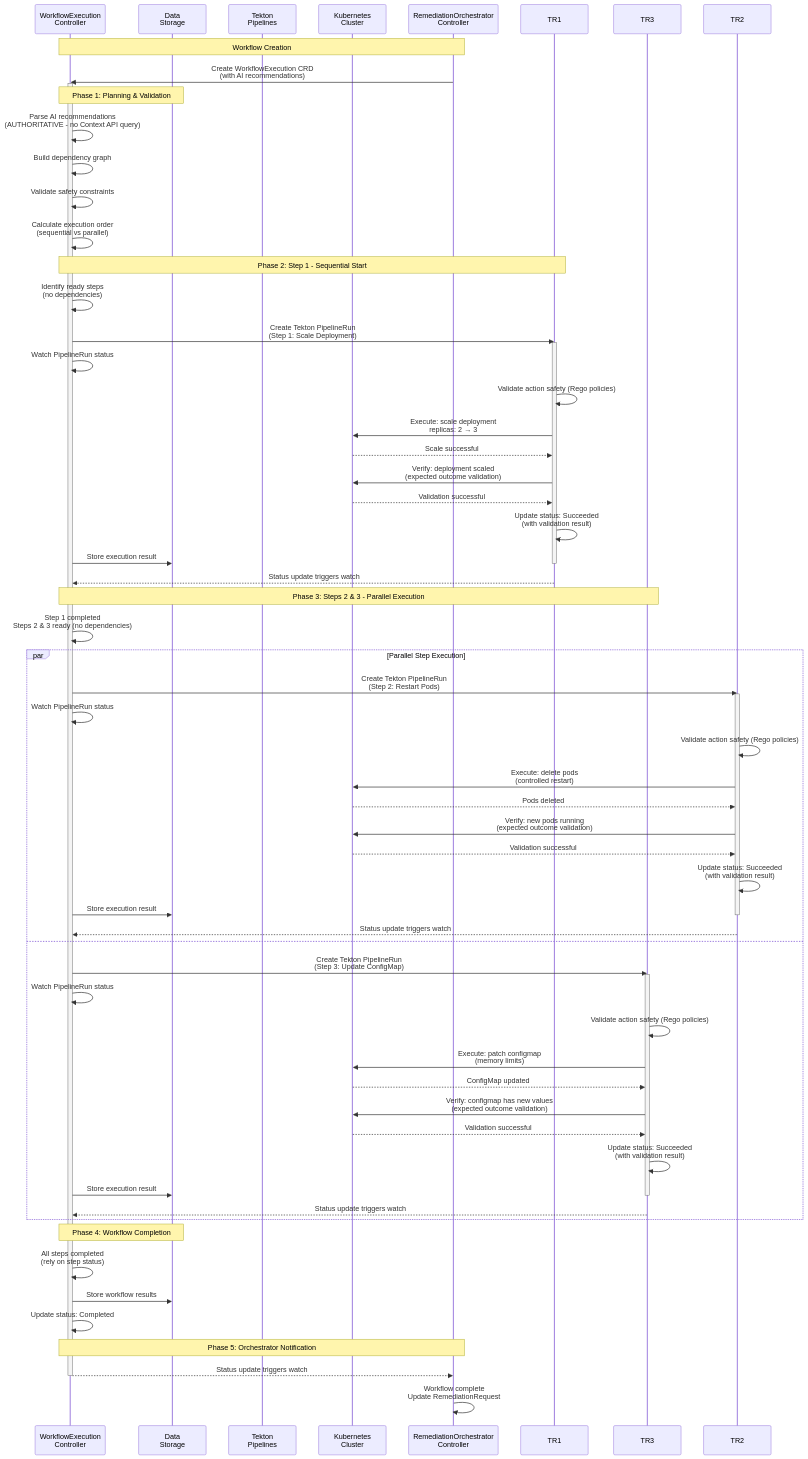
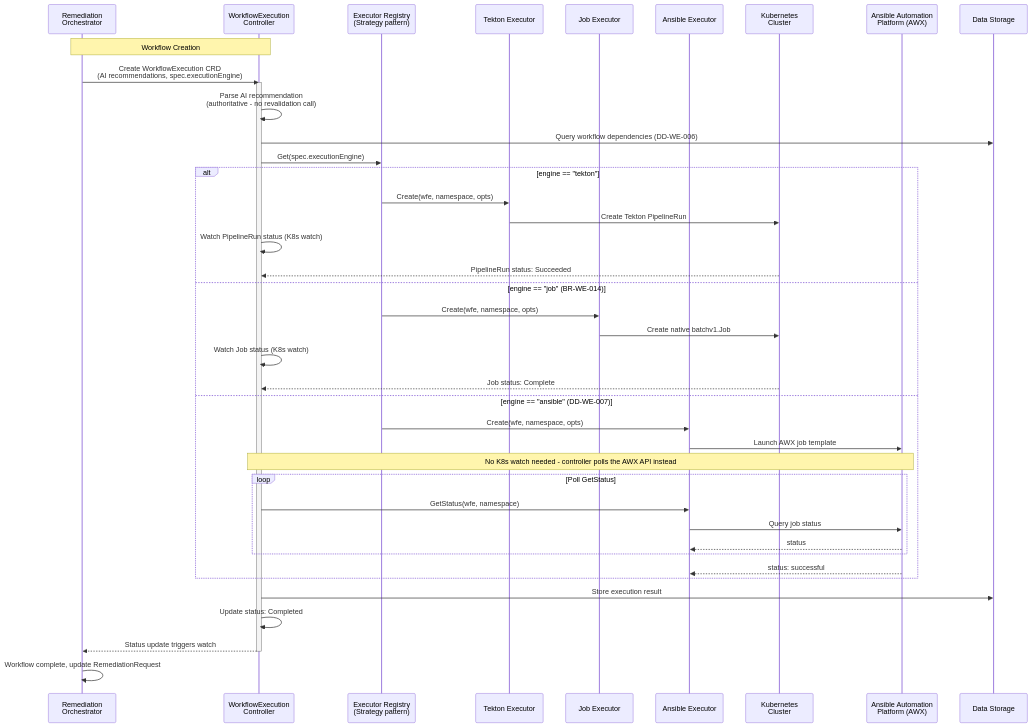
Before and after one commit to jordigilh/kubernaut: the fourth of 4 diagrams in docs/architecture/APPROVED_MICROSERVICES_ARCHITECTURE.md, drawn with Mermaid. The commit also changed other lines of this file and 4 other files, not shown here.

````diff
--- a/docs/architecture/APPROVED_MICROSERVICES_ARCHITECTURE.md
+++ b/docs/architecture/APPROVED_MICROSERVICES_ARCHITECTURE.md
@@ -447,74 +573,48 @@
 ```mermaid
 sequenceDiagram
+    participant ORCC as Remediation<br/>Orchestrator
     participant WFC as WorkflowExecution<br/>Controller
-    participant ST as Data<br/>Storage
-    participant TEK as Tekton<br/>Pipelines
+    participant REG as Executor Registry<br/>(Strategy pattern)
+    participant TEK as Tekton Executor
+    participant JOB as Job Executor
+    participant AWXX as Ansible Executor
     participant K8S as Kubernetes<br/>Cluster
-    participant ORCC as RemediationOrchestrator<br/>Controller
+    participant AAP as Ansible Automation<br/>Platform (AWX)
+    participant ST as Data Storage
 
     Note over WFC,ORCC: Workflow Creation
-    ORCC->>WFC: Create WorkflowExecution CRD<br/>(with AI recommendations)
+    ORCC->>WFC: Create WorkflowExecution CRD<br/>(AI recommendations, spec.executionEngine)
     activate WFC
 
-    Note over WFC,ST: Phase 1: Planning & Validation
-    WFC->>WFC: Parse AI recommendations<br/>(AUTHORITATIVE - no Context API query)
-    WFC->>WFC: Build dependency graph
-    WFC->>WFC: Validate safety constraints
-    WFC->>WFC: Calculate execution order<br/>(sequential vs parallel)
+    WFC->>WFC: Parse AI recommendation<br/>(authoritative - no revalidation call)
+    WFC->>ST: Query workflow dependencies (DD-WE-006)
+    WFC->>REG: Get(spec.executionEngine)
 
-    Note over WFC,TR1: Phase 2: Step 1 - Sequential Start
-    WFC->>WFC: Identify ready steps<br/>(no dependencies)
-    WFC->>TR1: Create Tekton PipelineRun<br/>(Step 1: Scale Deployment)
-    activate TR1
-    WFC->>WFC: Watch PipelineRun status
-    TR1->>TR1: Validate action safety (Rego policies)
-    TR1->>K8S: Execute: scale deployment<br/>replicas: 2 → 3
-    K8S-->>TR1: Scale successful
-    TR1->>K8S: Verify: deployment scaled<br/>(expected outcome validation)
-    K8S-->>TR1: Validation successful
-    TR1->>TR1: Update status: Succeeded<br/>(with validation result)
-    WFC->>ST: Store execution result
-    deactivate TR1
-    TR1-->>WFC: Status update triggers watch
-
-    Note over WFC,TR3: Phase 3: Steps 2 & 3 - Parallel Execution
-    WFC->>WFC: Step 1 completed<br/>Steps 2 & 3 ready (no dependencies)
-
-    par Parallel Step Execution
-        WFC->>TR2: Create Tekton PipelineRun<br/>(Step 2: Restart Pods)
-        activate TR2
-        WFC->>WFC: Watch PipelineRun status
-        TR2->>TR2: Validate action safety (Rego policies)
-        TR2->>K8S: Execute: delete pods<br/>(controlled restart)
-        K8S-->>TR2: Pods deleted
-        TR2->>K8S: Verify: new pods running<br/>(expected outcome validation)
-        K8S-->>TR2: Validation successful
-        TR2->>TR2: Update status: Succeeded<br/>(with validation result)
-        WFC->>ST: Store execution result
-        deactivate TR2
-        TR2-->>WFC: Status update triggers watch
-    and
-        WFC->>TR3: Create Tekton PipelineRun<br/>(Step 3: Update ConfigMap)
-        activate TR3
-        WFC->>WFC: Watch PipelineRun status
-        TR3->>TR3: Validate action safety (Rego policies)
-        TR3->>K8S: Execute: patch configmap<br/>(memory limits)
-        K8S-->>TR3: ConfigMap updated
-        TR3->>K8S: Verify: configmap has new values<br/>(expected outcome validation)
-        K8S-->>TR3: Validation successful
-        TR3->>TR3: Update status: Succeeded<br/>(with validation result)
-        WFC->>ST: Store execution result
-        deactivate TR3
-        TR3-->>WFC: Status update triggers watch
+    alt engine == "tekton"
+        REG->>TEK: Create(wfe, namespace, opts)
+        TEK->>K8S: Create Tekton PipelineRun
+        WFC->>WFC: Watch PipelineRun status (K8s watch)
+        K8S-->>WFC: PipelineRun status: Succeeded
+    else engine == "job" (BR-WE-014)
+        REG->>JOB: Create(wfe, namespace, opts)
+        JOB->>K8S: Create native batchv1.Job
+        WFC->>WFC: Watch Job status (K8s watch)
+        K8S-->>WFC: Job status: Complete
+    else engine == "ansible" (DD-WE-007)
+        REG->>AWXX: Create(wfe, namespace, opts)
+        AWXX->>AAP: Launch AWX job template
+        Note over WFC,AAP: No K8s watch needed - controller polls the AWX API instead
+        loop Poll GetStatus
+            WFC->>AWXX: GetStatus(wfe, namespace)
+            AWXX->>AAP: Query job status
+            AAP-->>AWXX: status
+        end
+        AAP-->>AWXX: status: successful
     end
 
-    Note over WFC,ST: Phase 4: Workflow Completion
-    WFC->>WFC: All steps completed<br/>(rely on step status)
-    WFC->>ST: Store workflow results
+    WFC->>ST: Store execution result
     WFC->>WFC: Update status: Completed
-
-    Note over WFC,ORCC: Phase 5: Orchestrator Notification
     WFC-->>ORCC: Status update triggers watch
     deactivate WFC
-    ORCC->>ORCC: Workflow complete<br/>Update RemediationRequest
+    ORCC->>ORCC: Workflow complete, update RemediationRequest
 ```
````
